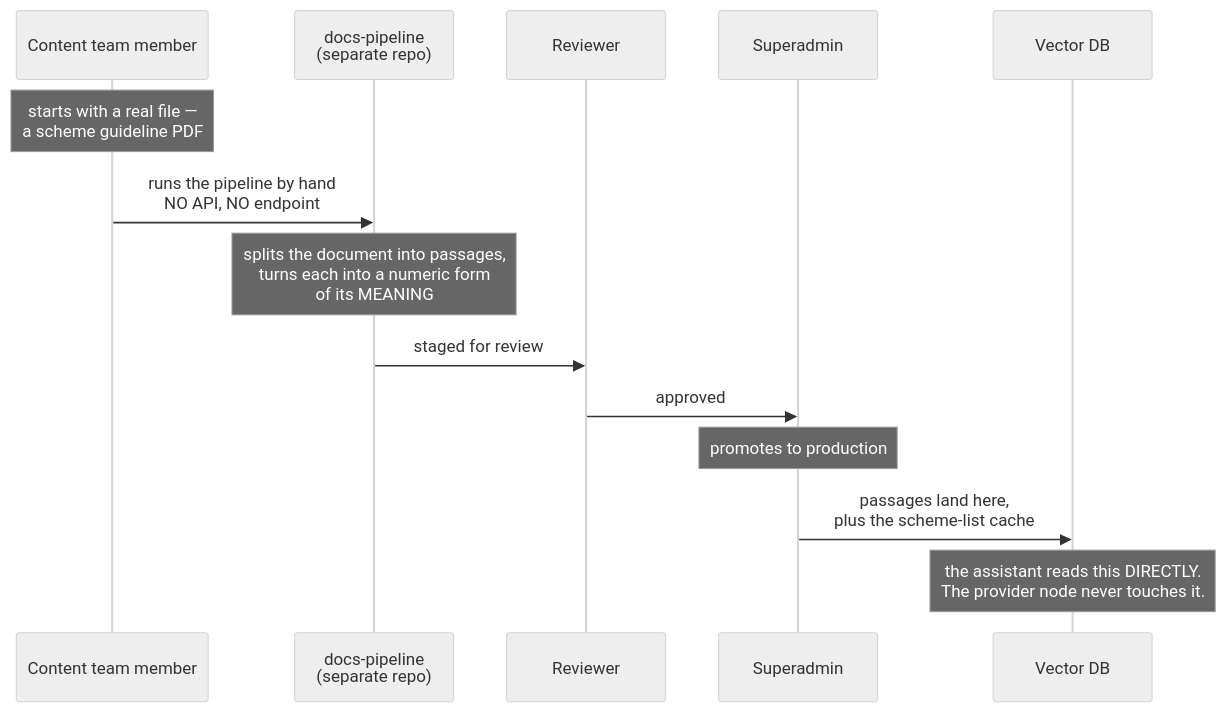
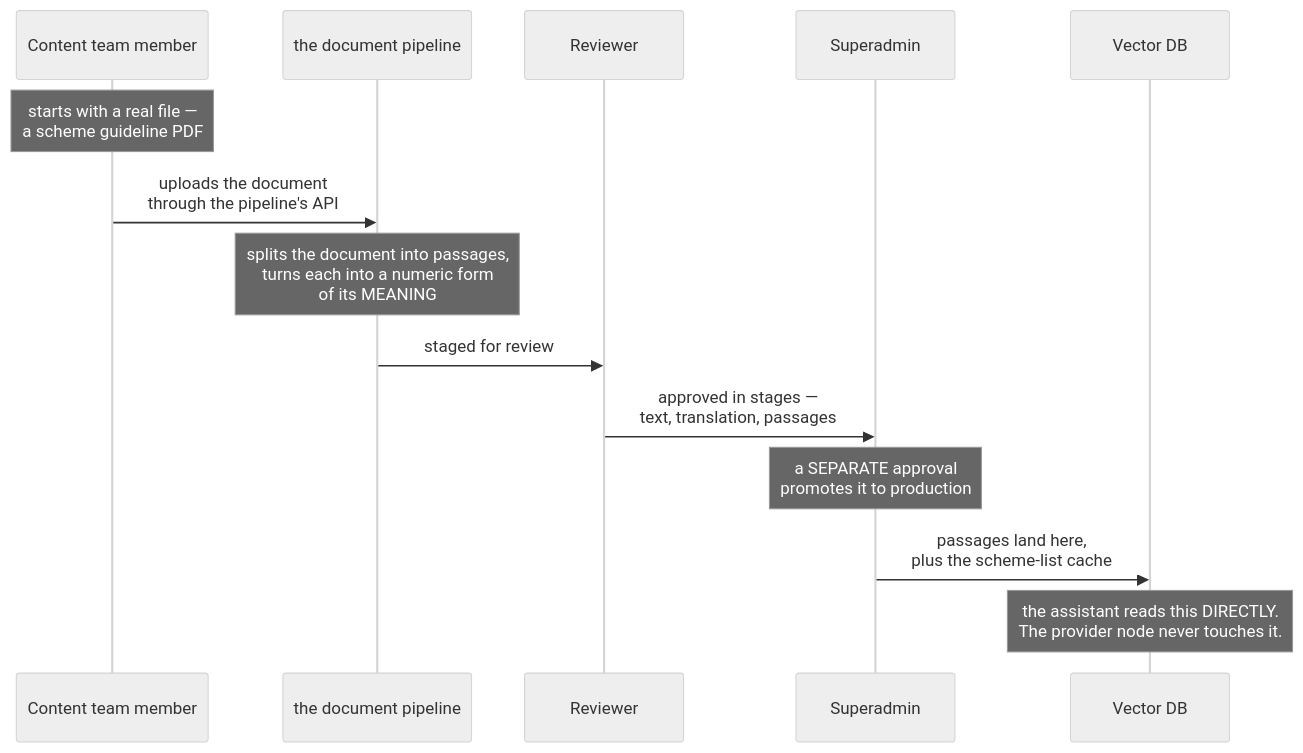
One commit to manjudr/documents changed the third of 10 diagrams in ARCHITECTURE.md. Above: the diagram before and after it, drawn with Mermaid (neutral theme). The commit also changed other lines of this file, not shown here.

First line of the commit message:
Correct the knowledge-catalog publish path: it has a full API

````diff
--- a/ARCHITECTURE.md
+++ b/ARCHITECTURE.md
@@ -261,17 +263,17 @@
 ```mermaid
 sequenceDiagram
   participant T as Content team member
-  participant P as docs-pipeline<br/>(separate repo)
+  participant P as the document pipeline
   participant R as Reviewer
   participant S as Superadmin
   participant V as Vector DB
 
   Note over T: starts with a real file —<br/>a scheme guideline PDF
-  T->>P: runs the pipeline by hand<br/>NO API, NO endpoint
+  T->>P: uploads the document<br/>through the pipeline's API
   Note over P: splits the document into passages,<br/>turns each into a numeric form<br/>of its MEANING
   P->>R: staged for review
-  R->>S: approved
-  Note over S: promotes to production
+  R->>S: approved in stages —<br/>text, translation, passages
+  Note over S: a SEPARATE approval<br/>promotes it to production
   S->>V: passages land here,<br/>plus the scheme-list cache
   Note over V: the assistant reads this DIRECTLY.<br/>The provider node never touches it.
 ```
````
